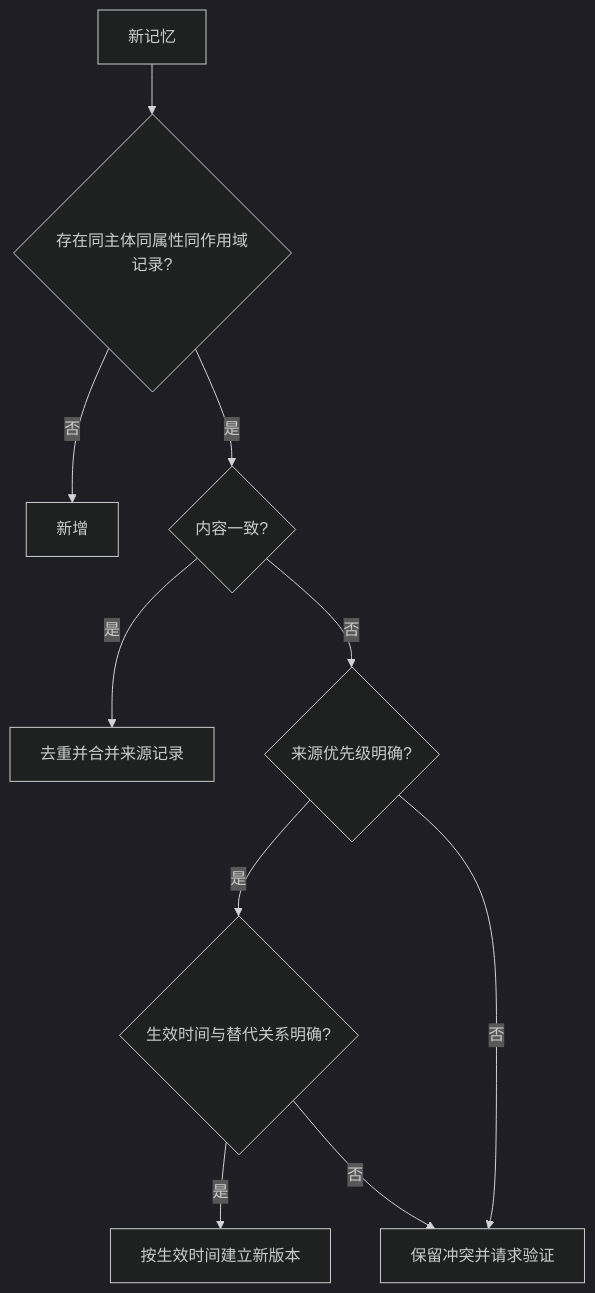
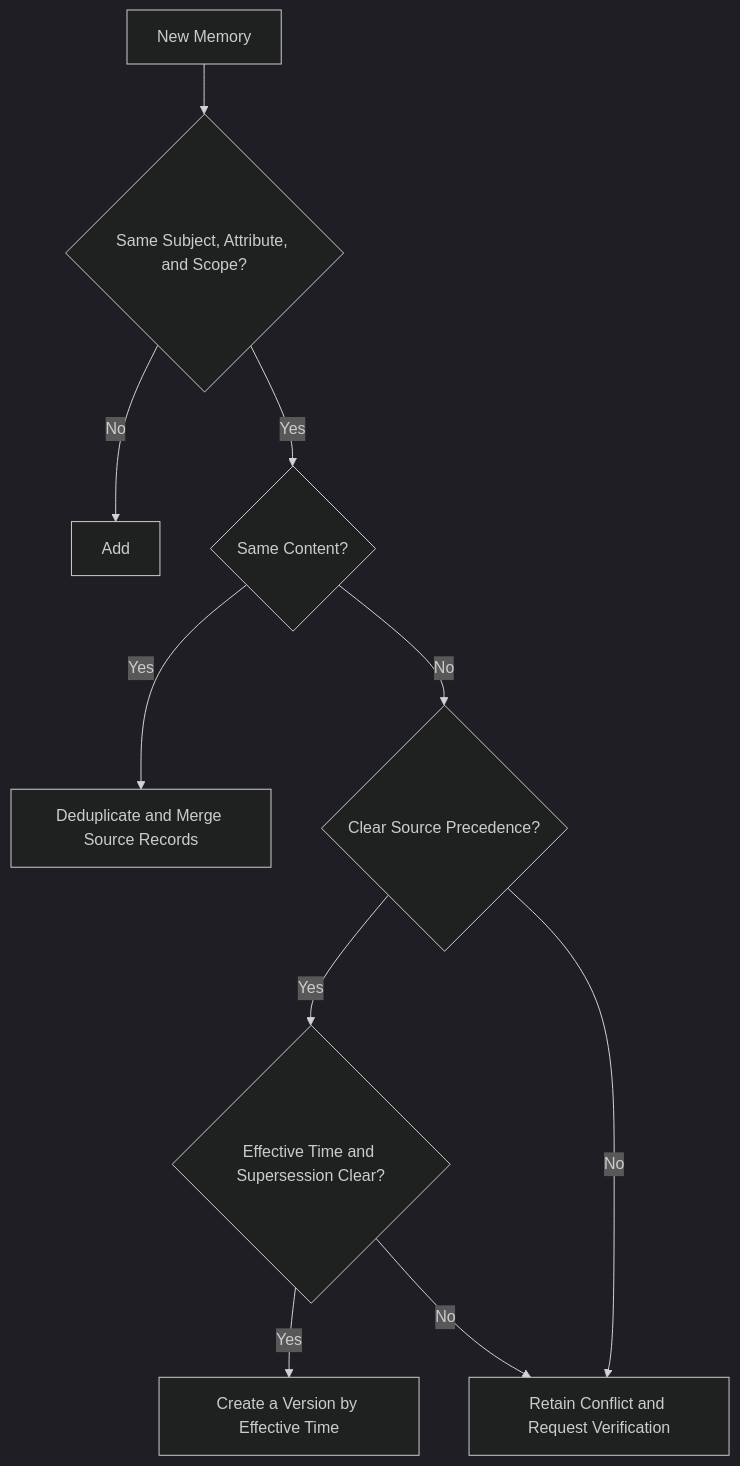
Diagram 11 of 15 in docs/agent/03-memory-context/07-agent-memory.md (oneleaveknowsthefall/awesome-ai-roadmap), drawn with Mermaid (dark theme) before and after one commit. The commit also changed other lines of this file and 68 other files, not shown here.

````diff
--- a/docs/agent/03-memory-context/07-agent-memory.md
+++ b/docs/agent/03-memory-context/07-agent-memory.md
@@ -660,12 +660,12 @@
 ```mermaid
 flowchart TB
-    NEW[新记忆] --> MATCH{存在同主体同属性同作用域记录?}
-    MATCH -->|否| ADD[新增]
-    MATCH -->|是| SAME{内容一致?}
-    SAME -->|是| MERGE[去重并合并来源记录]
-    SAME -->|否| AUTH{来源优先级明确?}
-    AUTH -->|是| CHECK{生效时间与替代关系明确?}
-    CHECK -->|是| VERSION[按生效时间建立新版本]
-    CHECK -->|否| CONFLICT
-    AUTH -->|否| CONFLICT[保留冲突并请求验证]
+    NEW[New Memory] --> MATCH{Same Subject, Attribute, and Scope?}
+    MATCH -->|No| ADD[Add]
+    MATCH -->|Yes| SAME{Same Content?}
+    SAME -->|Yes| MERGE[Deduplicate and Merge Source Records]
+    SAME -->|No| AUTH{Clear Source Precedence?}
+    AUTH -->|Yes| CHECK{Effective Time and Supersession Clear?}
+    CHECK -->|Yes| VERSION[Create a Version by Effective Time]
+    CHECK -->|No| CONFLICT
+    AUTH -->|No| CONFLICT[Retain Conflict and Request Verification]
 ```
````
